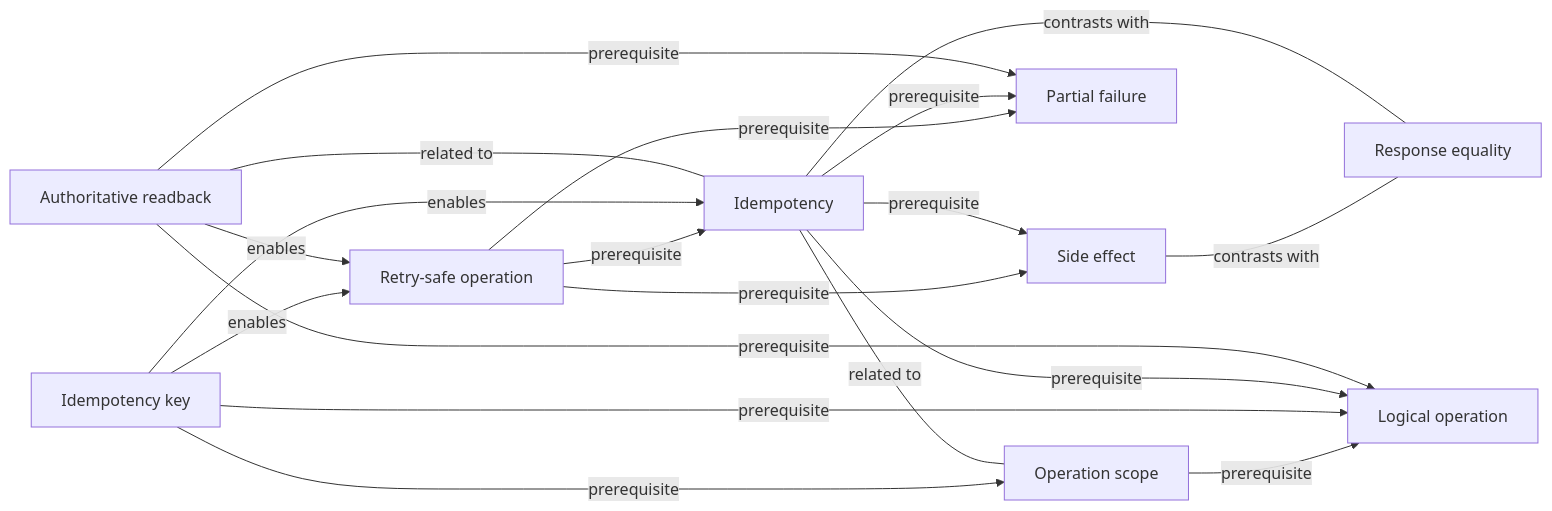
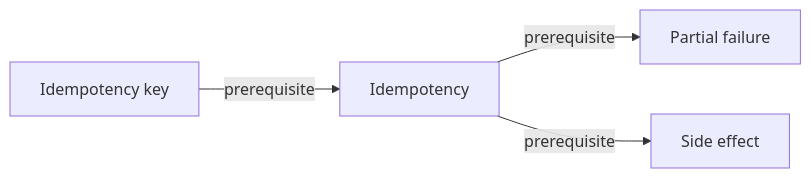
Before and after one commit to FuqingZh/learning-lab: the diagram in maps/concepts/idempotency.md, drawn with Mermaid. The commit also changed other lines of this file and 42 other files, not shown here.

````diff
--- a/maps/concepts/idempotency.md
+++ b/maps/concepts/idempotency.md
@@ -42,30 +41,10 @@
 ```mermaid
 flowchart LR
-  authoritative_readback["Authoritative readback"]
   idempotency["Idempotency"]
   idempotency_key["Idempotency key"]
-  logical_operation["Logical operation"]
-  operation_scope["Operation scope"]
   partial_failure["Partial failure"]
-  response_equality["Response equality"]
-  retry_safe_operation["Retry-safe operation"]
   side_effect["Side effect"]
-  authoritative_readback -->|enables| retry_safe_operation
-  authoritative_readback -->|prerequisite| logical_operation
-  authoritative_readback -->|prerequisite| partial_failure
-  authoritative_readback ---|related to| idempotency
-  idempotency ---|contrasts with| response_equality
-  idempotency -->|prerequisite| logical_operation
   idempotency -->|prerequisite| partial_failure
   idempotency -->|prerequisite| side_effect
-  idempotency ---|related to| operation_scope
-  idempotency_key -->|enables| idempotency
-  idempotency_key -->|enables| retry_safe_operation
-  idempotency_key -->|prerequisite| logical_operation
-  idempotency_key -->|prerequisite| operation_scope
-  operation_scope -->|prerequisite| logical_operation
-  retry_safe_operation -->|prerequisite| idempotency
-  retry_safe_operation -->|prerequisite| partial_failure
-  retry_safe_operation -->|prerequisite| side_effect
-  side_effect ---|contrasts with| response_equality
+  idempotency_key -->|prerequisite| idempotency
 ```
````
